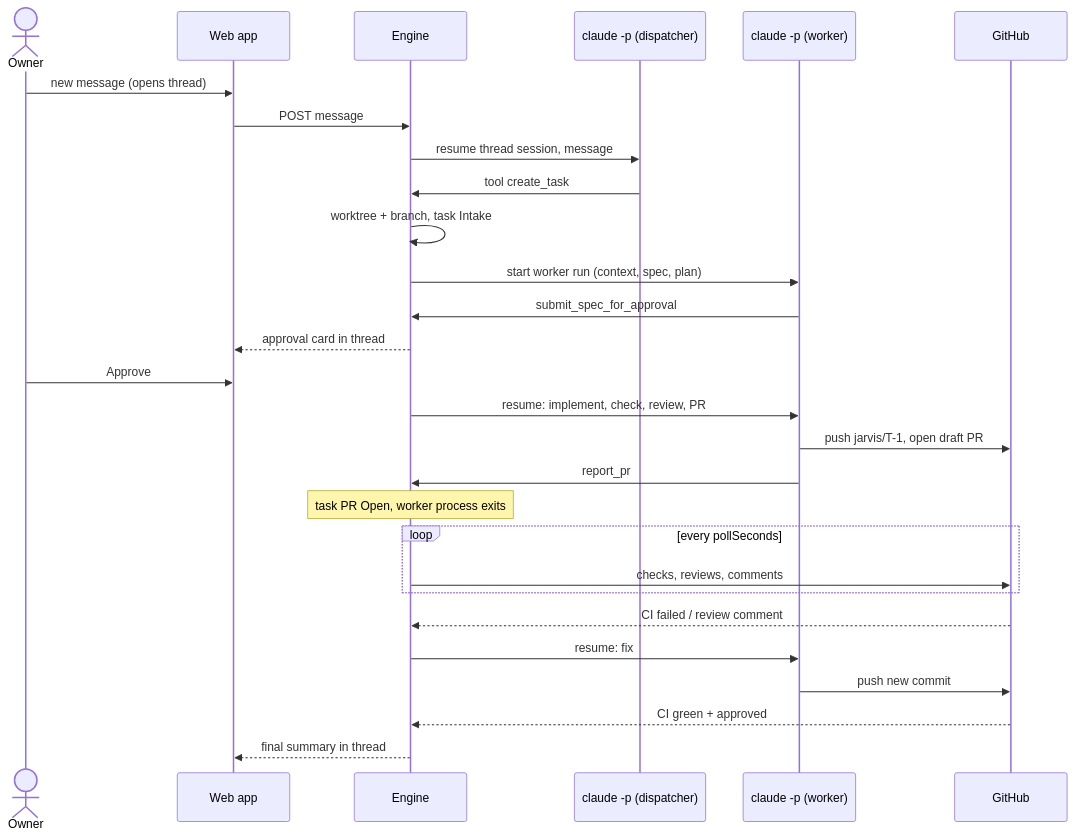
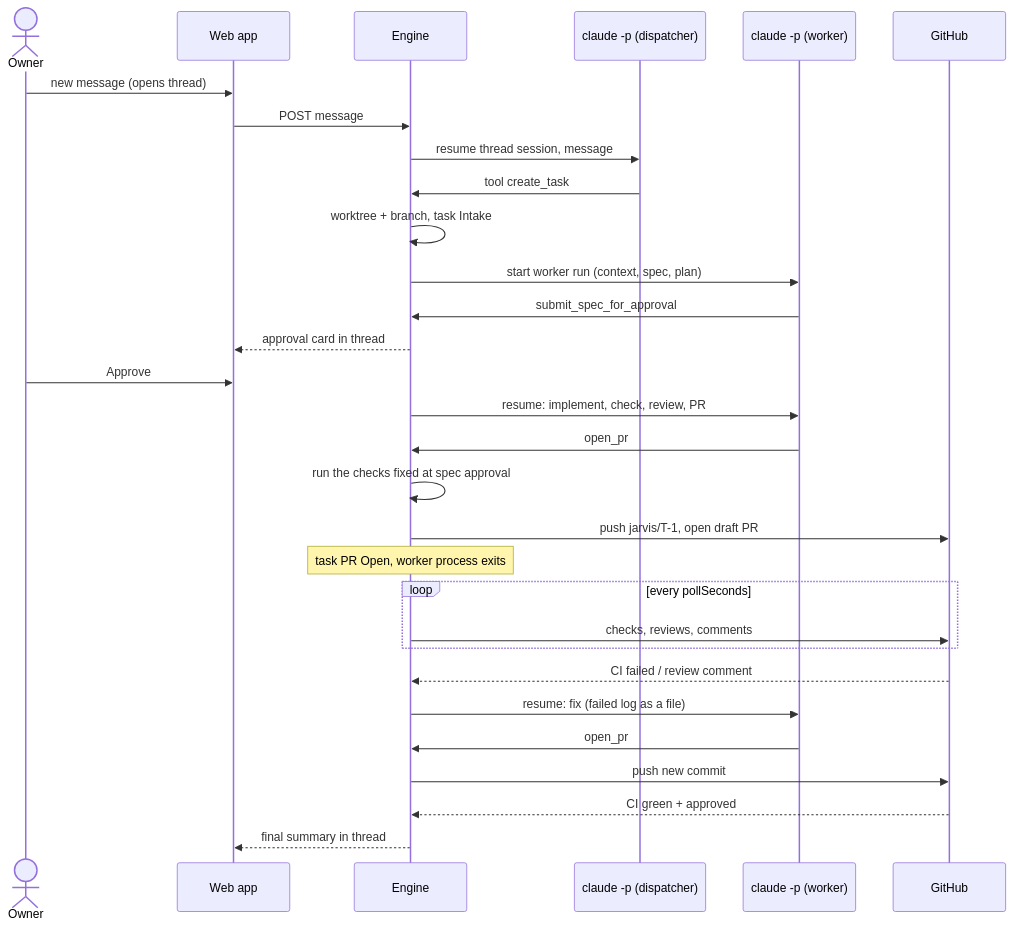
The second of 2 diagrams in docs/architecture/README.md (Muao/jarvis-agent), drawn with Mermaid before and after one commit. The commit also changed other lines of this file and 18 other files, not shown here.

````diff
--- a/docs/architecture/README.md
+++ b/docs/architecture/README.md
@@ -70,31 +70,33 @@
 ```mermaid
 sequenceDiagram
     actor O as Owner
     participant W as Web app
     participant E as Engine
     participant D as claude -p (dispatcher)
     participant K as claude -p (worker)
     participant G as GitHub
 
     O->>W: new message (opens thread)
     W->>E: POST message
     E->>D: resume thread session, message
     D->>E: tool create_task
     E->>E: worktree + branch, task Intake
     E->>K: start worker run (context, spec, plan)
     K->>E: submit_spec_for_approval
     E-->>W: approval card in thread
     O->>W: Approve
     E->>K: resume: implement, check, review, PR
-    K->>G: push jarvis/T-1, open draft PR
-    K->>E: report_pr
+    K->>E: open_pr
+    E->>E: run the checks fixed at spec approval
+    E->>G: push jarvis/T-1, open draft PR
     Note over E: task PR Open, worker process exits
     loop every pollSeconds
         E->>G: checks, reviews, comments
     end
     G-->>E: CI failed / review comment
-    E->>K: resume: fix
-    K->>G: push new commit
+    E->>K: resume: fix (failed log as a file)
+    K->>E: open_pr
+    E->>G: push new commit
     G-->>E: CI green + approved
     E-->>W: final summary in thread
 ```
````
